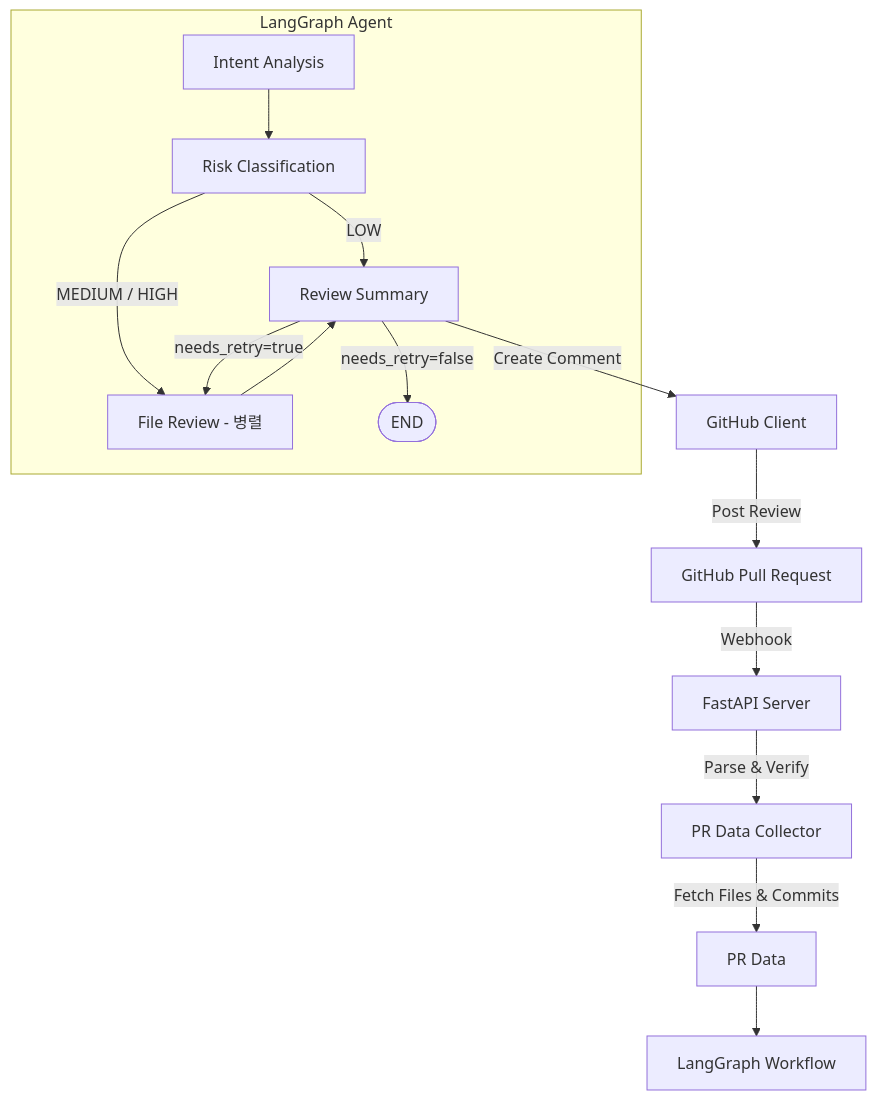
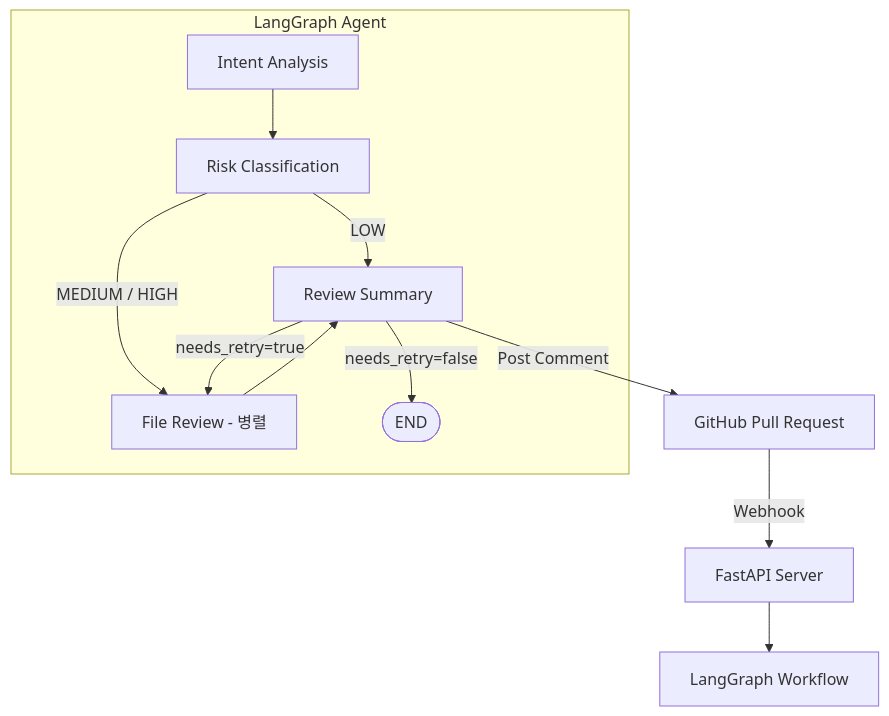
One commit to okdoittttt/almagest-reviewer changed the diagram in README.md. Above: the diagram before and after it, drawn with Mermaid. The commit also changed other lines of this file and 1 other file, not shown here.

````diff
--- a/README.md
+++ b/README.md
@@ -50,19 +22,16 @@
 ```mermaid
 graph TD
     GitHub[GitHub Pull Request] -->|Webhook| Server[FastAPI Server]
-    Server -->|Parse & Verify| Collector[PR Data Collector]
-    Collector -->|Fetch Files & Commits| Data[PR Data]
-    Data --> SubGraph[LangGraph Workflow]
+    Server --> SubGraph[LangGraph Workflow]
 
     subgraph "LangGraph Agent"
         Intent[Intent Analysis] --> Risk[Risk Classification]
         Risk -->|LOW| Summary[Review Summary]
         Risk -->|MEDIUM / HIGH| Review[File Review - 병렬]
         Review --> Summary
         Summary -->|needs_retry=true| Review
         Summary -->|needs_retry=false| End([END])
     end
 
-    Summary -->|Create Comment| Client[GitHub Client]
-    Client -->|Post Review| GitHub
+    Summary -->|Post Comment| GitHub
 ```
````
